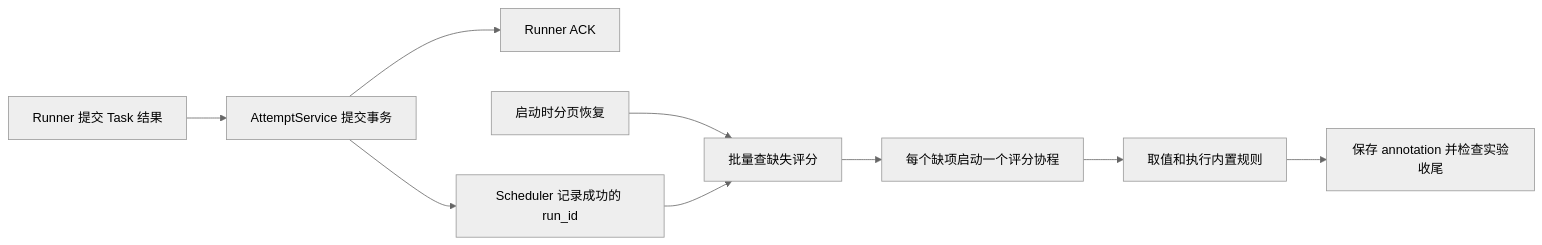
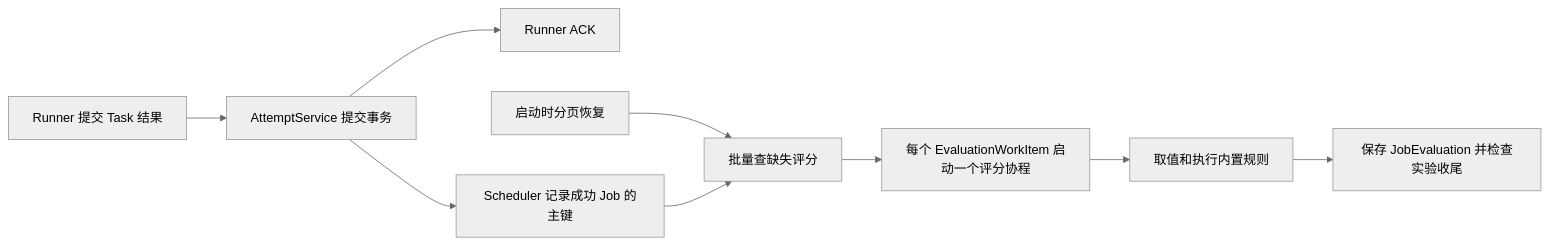
One commit to qinghuan136/EvalForge changed the diagram in docs/server-evaluations.md. Above: the diagram before and after it, drawn with Mermaid (neutral theme). The commit also changed other lines of this file and 29 other files, not shown here.

````diff
--- a/docs/server-evaluations.md
+++ b/docs/server-evaluations.md
@@ -5,11 +5,11 @@
 ```mermaid
 flowchart LR
     A[Runner 提交 Task 结果] --> B[AttemptService 提交事务]
     B --> C[Runner ACK]
-    B --> D[Scheduler 记录成功的 run_id]
+    B --> D[Scheduler 记录成功 Job 的主键]
     R[启动时分页恢复] --> E[批量查缺失评分]
     D --> E
-    E --> F[每个缺项启动一个评分协程]
+    E --> F[每个 EvaluationWorkItem 启动一个评分协程]
     F --> G[取值和执行内置规则]
-    G --> H[保存 annotation 并检查实验收尾]
+    G --> H[保存 JobEvaluation 并检查实验收尾]
 ```
````
